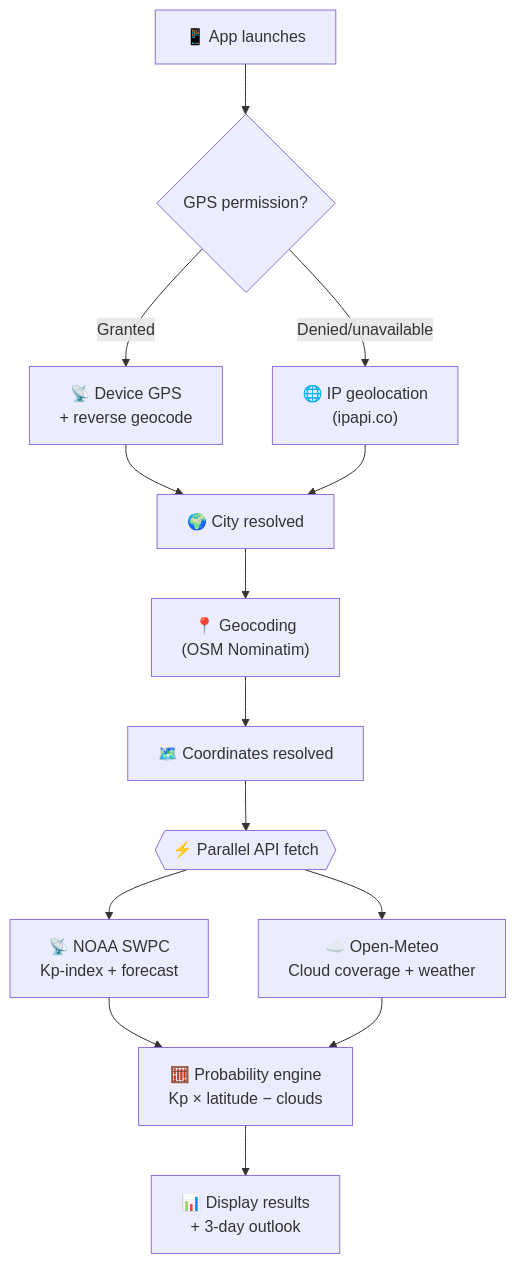
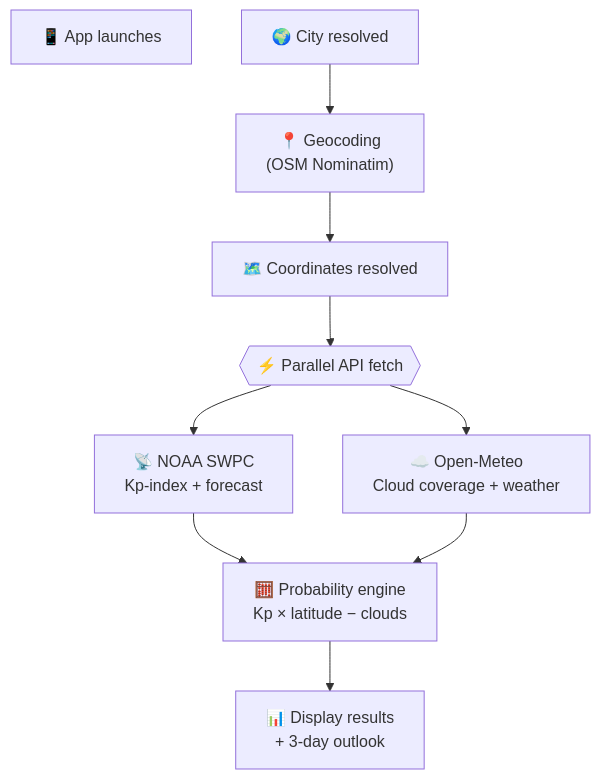
Before and after one commit to Sigge1511/AuroraForecast-MS: the second of 2 diagrams in README.md, drawn with Mermaid. The commit also changed other lines of this file, not shown here.

````diff
--- a/README.md
+++ b/README.md
@@ -132,16 +126,12 @@
 ```mermaid
 flowchart TD
-    Z["📱 App launches"] --> Z1{"GPS permission?"}
-    Z1 -->|Granted| Z2["📡 Device GPS\n+ reverse geocode"]
-    Z1 -->|Denied/unavailable| Z3["🌐 IP geolocation\n(ipapi.co)"]
-    Z2 --> A
-    Z3 --> A
+    Z["📱 App launches"] 
     A["🌍 City resolved"] --> B["📍 Geocoding\n(OSM Nominatim)"]
     B --> C["🗺️ Coordinates resolved"]
     C --> D{{"⚡ Parallel API fetch"}}
     D --> E["📡 NOAA SWPC\nKp-index + forecast"]
     D --> F["☁️ Open-Meteo\nCloud coverage + weather"]
     E --> G["🧮 Probability engine\nKp × latitude − clouds"]
     F --> G
     G --> H["📊 Display results\n+ 3-day outlook"]
 ```
````
